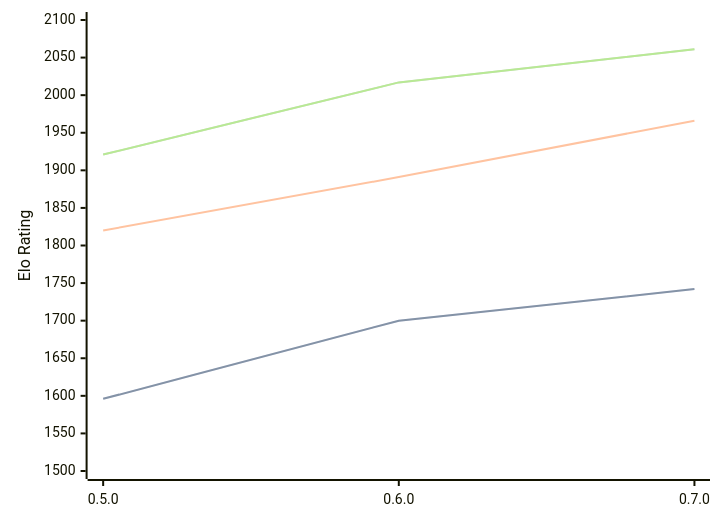
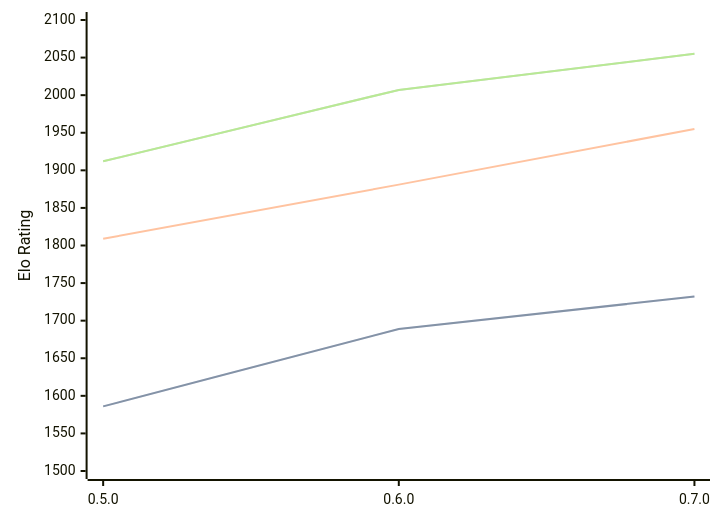
One commit to computer-chess-index/cci changed the diagram in engines/Chess-rs.md. Above: the diagram before and after it, drawn with Mermaid. The commit also changed other lines of this file, not shown here.

Commit message:
Update CCI Ratings (ELO VLTC) - 2026-03-19

````diff
--- a/engines/Chess-rs.md
+++ b/engines/Chess-rs.md
@@ -39,11 +41,11 @@
 ```mermaid
 %%{init: {"theme":"base","themeVariables":{"seriesColors:['#a3a3a3','#222221','#faa371']}}}%%
 xychart-beta
   x-axis ["0.5.0", "0.6.0", "0.7.0"]
   y-axis "Elo Rating" 1500 --> 2100
-  line "STC (8.0+0.08s)" [1596, 1700, 1742]
-  line "STC (8.0+0.08s)" [1596, 1700, 1742]
-  line "LTC (60.0+0.60s)" [1820, 1891, 1966]
-  line "VLTC (2m24s+1.12s)" [1921, 2017, 2061]
-  line "VLTC (2m24s+1.12s)" [1921, 2017, 2061]
+  line "STC (8.0+0.08s)" [1586, 1689, 1732]
+  line "STC (8.0+0.08s)" [1586, 1689, 1732]
+  line "LTC (60.0+0.60s)" [1809, 1881, 1955]
+  line "VLTC (2m24s+1.12s)" [1912, 2007, 2055]
+  line "VLTC (2m24s+1.12s)" [1912, 2007, 2055]
 ```
````
